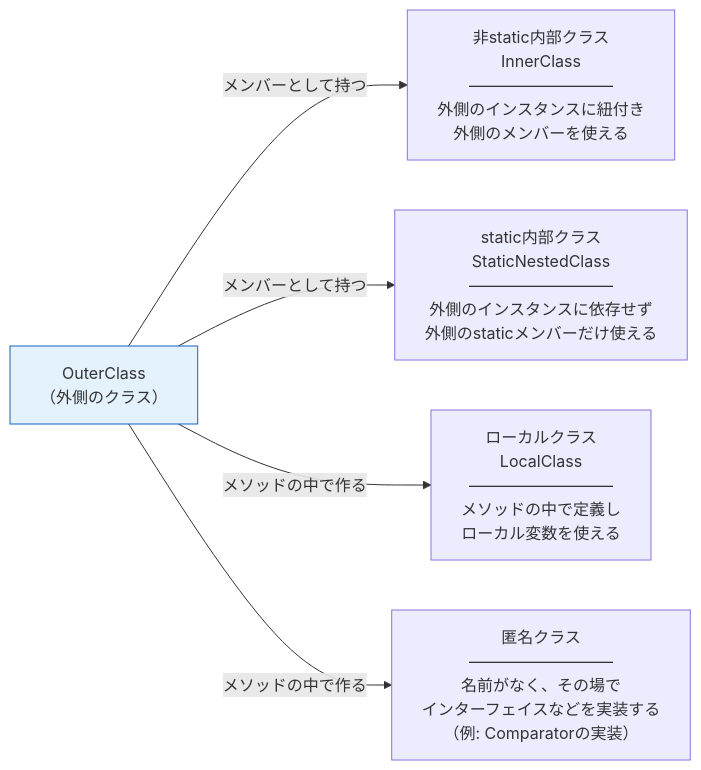
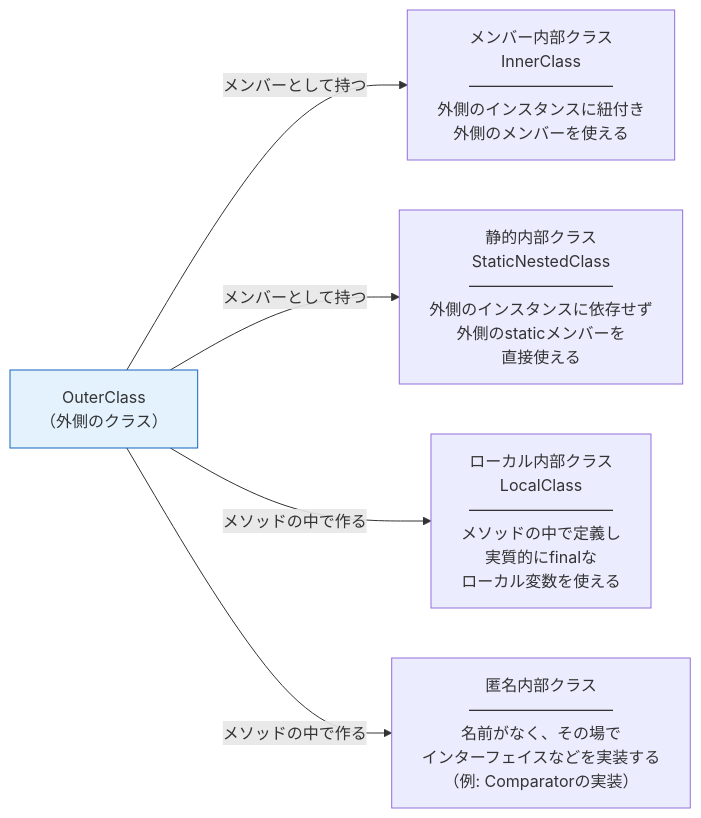
Before and after one commit to Nagatani/techbook-java-primer: the diagram in docs/diagrams/chapter08-inner-class-hierarchy.mmd, drawn with Mermaid. The commit also changed 31 other files, not shown here.

First line of the commit message:
fix: 第1〜8章を校閲し、技術的な誤り・図の食い違い・表記を直す

```diff
--- a/docs/diagrams/chapter08-inner-class-hierarchy.mmd
+++ b/docs/diagrams/chapter08-inner-class-hierarchy.mmd
@@ -1,18 +1,18 @@
 ---
 config:
   flowchart:
     wrappingWidth: 320
 ---
 flowchart LR
     outer["OuterClass<br/>（外側のクラス）"]
-    inner["非static内部クラス<br/>InnerClass<br/>―――――――――<br/>外側のインスタンスに紐付き<br/>外側のメンバーを使える"]
-    nested["static内部クラス<br/>StaticNestedClass<br/>―――――――――<br/>外側のインスタンスに依存せず<br/>外側のstaticメンバーだけ使える"]
-    local["ローカルクラス<br/>LocalClass<br/>―――――――――<br/>メソッドの中で定義し<br/>ローカル変数を使える"]
-    anon["匿名クラス<br/>―――――――――<br/>名前がなく、その場で<br/>インターフェイスなどを実装する<br/>（例: Comparatorの実装）"]
+    inner["メンバー内部クラス<br/>InnerClass<br/>―――――――――<br/>外側のインスタンスに紐付き<br/>外側のメンバーを使える"]
+    nested["静的内部クラス<br/>StaticNestedClass<br/>―――――――――<br/>外側のインスタンスに依存せず<br/>外側のstaticメンバーを<br/>直接使える"]
+    local["ローカル内部クラス<br/>LocalClass<br/>―――――――――<br/>メソッドの中で定義し<br/>実質的にfinalな<br/>ローカル変数を使える"]
+    anon["匿名内部クラス<br/>―――――――――<br/>名前がなく、その場で<br/>インターフェイスなどを実装する<br/>（例: Comparatorの実装）"]
 
     outer -->|"メンバーとして持つ"| inner
     outer -->|"メンバーとして持つ"| nested
     outer -->|"メソッドの中で作る"| local
     outer -->|"メソッドの中で作る"| anon
 
     style outer fill:#e3f2fd,stroke:#1565c0
```
